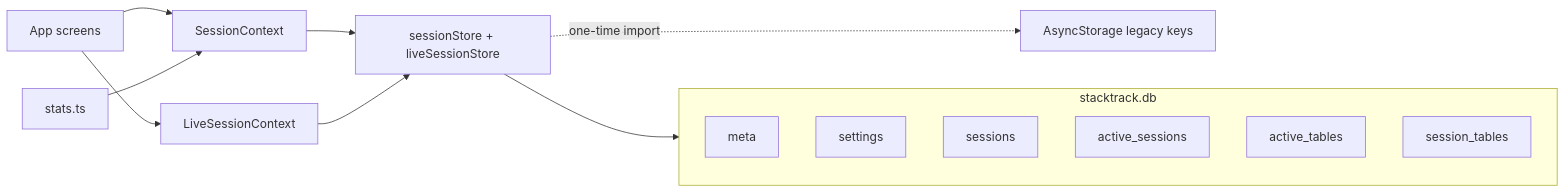
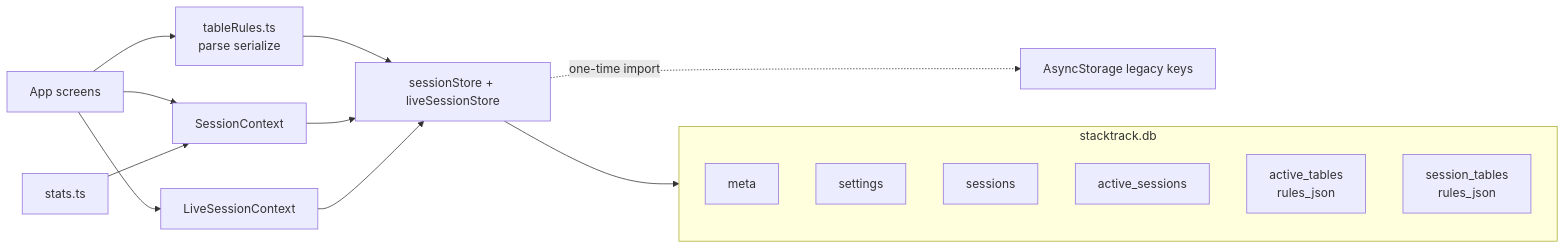
The second of 2 diagrams in docs/schema.md (Trevor5008/StackTrack), drawn with Mermaid before and after one commit. The commit also changed other lines of this file and 10 other files, not shown here.

Commit message:
feat: add editable table rules for live sesions Persist decks, payout, S17/H17, DAS, and late surrender in rules_json Show a read-only summary on session detail Updated flow, schema and README

````diff
--- a/docs/schema.md
+++ b/docs/schema.md
@@ -228,19 +256,21 @@
 ```mermaid
 flowchart LR
   subgraph SQLite["stacktrack.db"]
     Meta[meta]
     SettingsTbl[settings]
     SessionsTbl[sessions]
     ActiveSessions[active_sessions]
-    ActiveTables[active_tables]
-    SessionTables[session_tables]
+    ActiveTables["active_tables<br/>rules_json"]
+    SessionTables["session_tables<br/>rules_json"]
   end
 
   Store["sessionStore + liveSessionStore"] --> SQLite
+  RulesLib["tableRules.ts<br/>parse serialize"] --> Store
   Store -.->|"one-time import"| Legacy[AsyncStorage legacy keys]
   SessionCtx[SessionContext] --> Store
   LiveCtx[LiveSessionContext] --> Store
   Screens[App screens] --> SessionCtx
   Screens --> LiveCtx
+  Screens --> RulesLib
   Stats[stats.ts] --> SessionCtx
 ```
````
